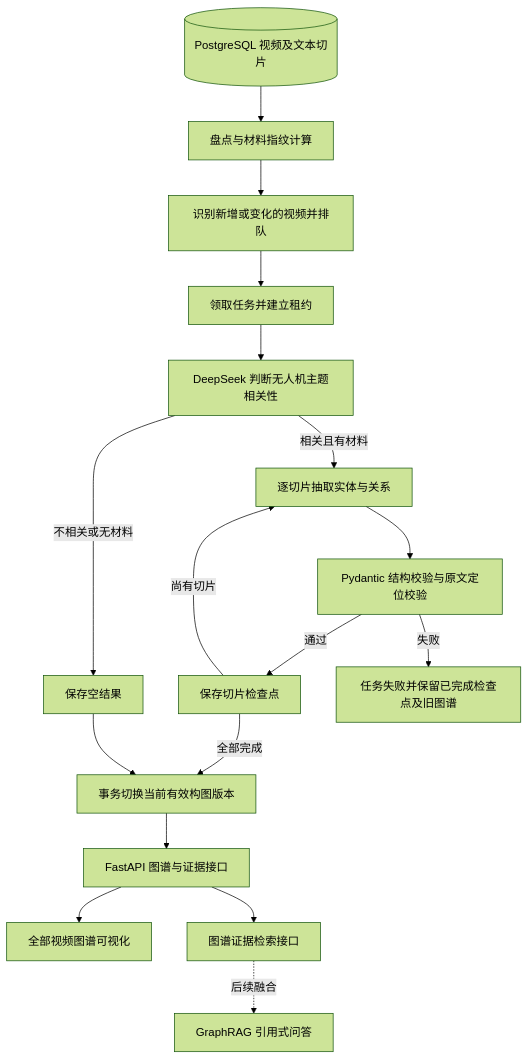
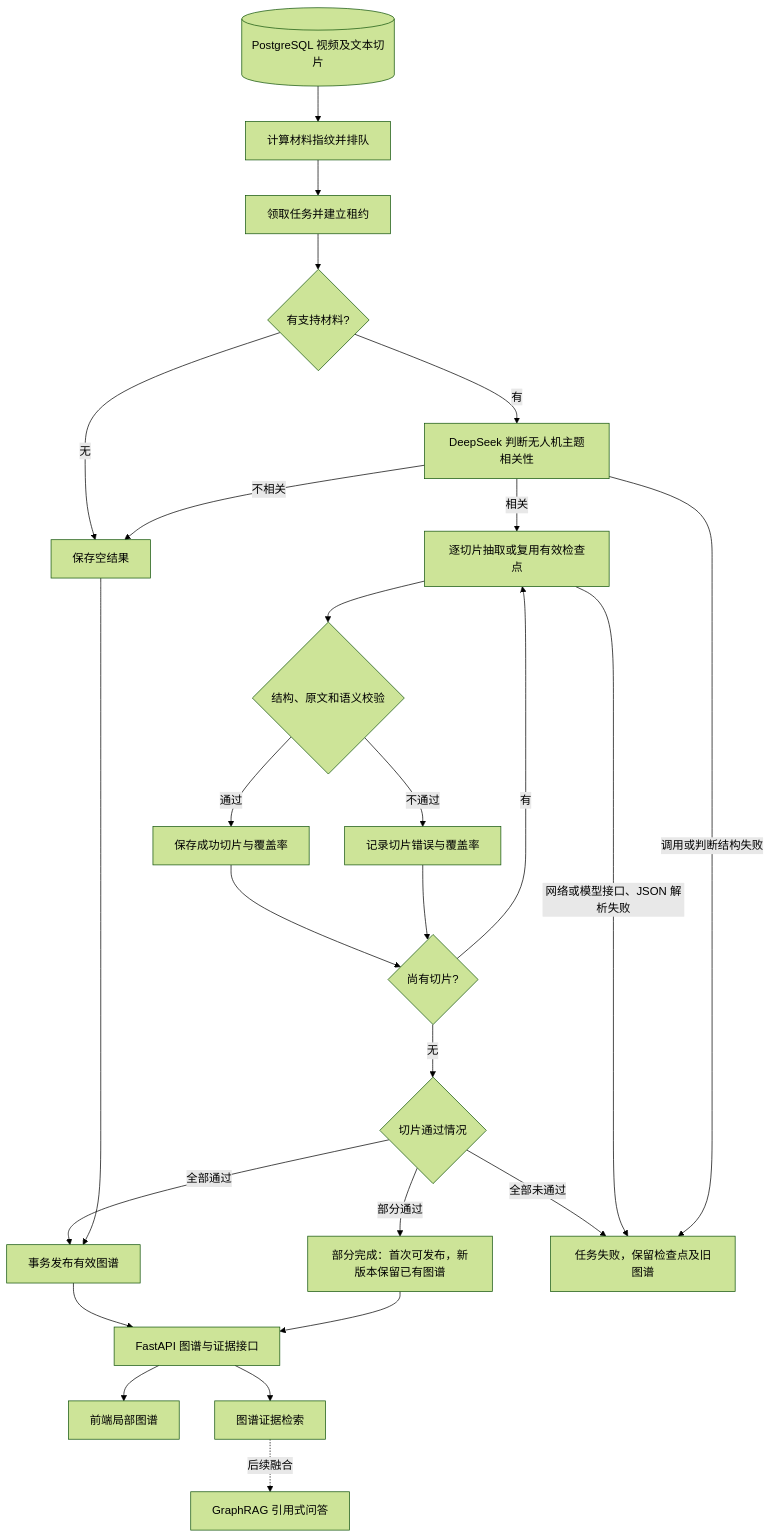
The diagram in docs/video-knowledge-graph-progress.md (GeniusDumpling/RAG_drift), drawn with Mermaid (forest theme) before and after one commit. The commit also changed other lines of this file and 1 other file, not shown here.

````diff
--- a/docs/video-knowledge-graph-progress.md
+++ b/docs/video-knowledge-graph-progress.md
@@ -33,19 +33,28 @@
 ```mermaid
 flowchart TD
-    A[(PostgreSQL 视频及文本切片)] --> B[盘点与材料指纹计算]
-    B --> C[识别新增或变化的视频并排队]
-    C --> D[领取任务并建立租约]
-    D --> E[DeepSeek 判断无人机主题相关性]
-    E -->|相关且有材料| F[逐切片抽取实体与关系]
-    F --> G[Pydantic 结构校验与原文定位校验]
-    G -->|通过| H[保存切片检查点]
-    H -->|尚有切片| F
-    H -->|全部完成| I[事务切换当前有效构图版本]
-    E -->|不相关或无材料| J[保存空结果]
+    A[(PostgreSQL 视频及文本切片)] --> B[计算材料指纹并排队]
+    B --> C[领取任务并建立租约]
+    C --> D{有支持材料?}
+    D -->|无| J[保存空结果]
+    D -->|有| E[DeepSeek 判断无人机主题相关性]
+    E -->|不相关| J
+    E -->|相关| F[逐切片抽取或复用有效检查点]
+    F --> G{结构、原文和语义校验}
+    G -->|通过| H[保存成功切片与覆盖率]
+    G -->|不通过| K[记录切片错误与覆盖率]
+    H --> Q{尚有切片?}
+    K --> Q
+    Q -->|有| F
+    Q -->|无| R{切片通过情况}
+    R -->|全部通过| I[事务发布有效图谱]
+    R -->|部分通过| P[部分完成：首次可发布，新版本保留已有图谱]
+    R -->|全部未通过| X[任务失败，保留检查点及旧图谱]
+    F -->|网络或模型接口、JSON 解析失败| X
+    E -->|调用或判断结构失败| X
     J --> I
-    G -->|失败| K[任务失败并保留已完成检查点及旧图谱]
     I --> L[FastAPI 图谱与证据接口]
-    L --> M[全部视频图谱可视化]
-    L --> N[图谱证据检索接口]
+    P --> L
+    L --> M[前端局部图谱]
+    L --> N[图谱证据检索]
     N -. 后续融合 .-> O[GraphRAG 引用式问答]
 ```
````
